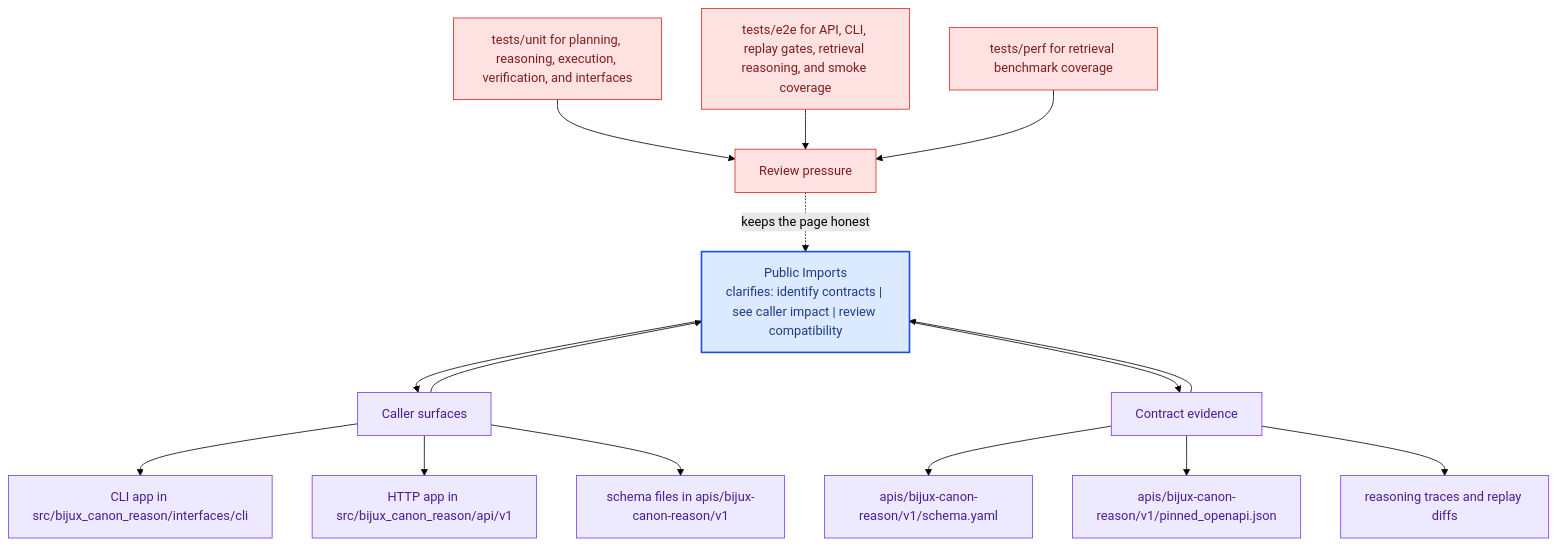
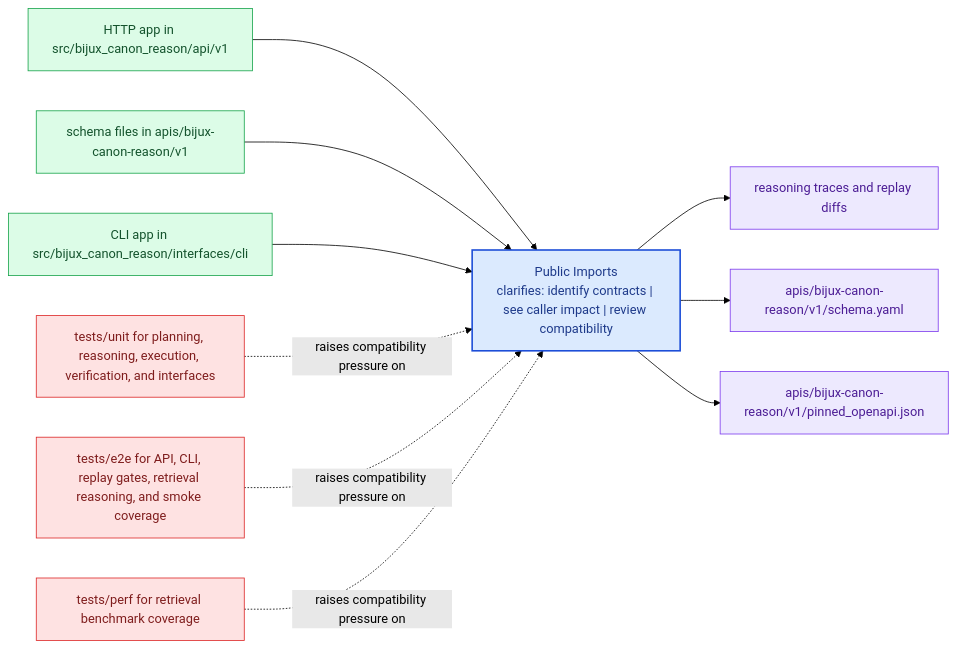
The diagram in docs/bijux-canon-reason/interfaces/public-imports.md (bijux/bijux-canon), drawn with Mermaid (forest theme) before and after one commit. The commit also changed other lines of this file and 281 other files, not shown here.

Commit message:
docs(diagrams): replace repeated mermaid scaffolds with page-specific summaries

````diff
--- a/docs/bijux-canon-reason/interfaces/public-imports.md
+++ b/docs/bijux-canon-reason/interfaces/public-imports.md
@@ -68,41 +23,31 @@
 ```mermaid
-flowchart TB
-    promise["Public Imports<br/>clarifies: identify contracts | see caller impact | review compatibility"]
-    classDef promise fill:#dbeafe,stroke:#1d4ed8,color:#1e3a8a,stroke-width:2px;
-    classDef driver fill:#dcfce7,stroke:#16a34a,color:#14532d;
-    classDef constraint fill:#fee2e2,stroke:#dc2626,color:#7f1d1d;
-    classDef ground fill:#ede9fe,stroke:#7c3aed,color:#4c1d95;
-    focus1["Caller surfaces"]
-    focus1 --> promise
-    promise --> focus1
-    focus1_1["CLI app in src/bijux_canon_reason/interfaces/cli"]
-    focus1 --> focus1_1
-    focus1_2["HTTP app in src/bijux_canon_reason/api/v1"]
-    focus1 --> focus1_2
-    focus1_3["schema files in apis/bijux-canon-reason/v1"]
-    focus1 --> focus1_3
-    class focus1 ground;
-    class focus1_1,focus1_2,focus1_3 ground;
-    focus2["Contract evidence"]
-    focus2 --> promise
-    promise --> focus2
-    focus2_1["apis/bijux-canon-reason/v1/schema.yaml"]
-    focus2 --> focus2_1
-    focus2_2["apis/bijux-canon-reason/v1/pinned_openapi.json"]
-    focus2 --> focus2_2
-    focus2_3["reasoning traces and replay diffs"]
-    focus2 --> focus2_3
-    class focus2 ground;
-    class focus2_1,focus2_2,focus2_3 ground;
-    focus3["Review pressure"]
-    focus3 -.keeps the page honest.-> promise
-    focus3_1["tests/unit for planning, reasoning, execution, verification, and interfaces"]
-    focus3_1 --> focus3
-    focus3_2["tests/e2e for API, CLI, replay gates, retrieval reasoning, and smoke coverage"]
-    focus3_2 --> focus3
-    focus3_3["tests/perf for retrieval benchmark coverage"]
-    focus3_3 --> focus3
-    class focus3 constraint;
-    class focus3_1,focus3_2,focus3_3 constraint;
-    class promise promise;
+flowchart LR
+    page["Public Imports<br/>clarifies: identify contracts | see caller impact | review compatibility"]
+    classDef page fill:#dbeafe,stroke:#1d4ed8,color:#1e3a8a,stroke-width:2px;
+    classDef positive fill:#dcfce7,stroke:#16a34a,color:#14532d;
+    classDef caution fill:#fee2e2,stroke:#dc2626,color:#7f1d1d;
+    classDef anchor fill:#ede9fe,stroke:#7c3aed,color:#4c1d95;
+    classDef action fill:#fef3c7,stroke:#d97706,color:#7c2d12;
+    surface1["HTTP app in src/bijux_canon_reason/api/v1"]
+    surface1 --> page
+    surface2["schema files in apis/bijux-canon-reason/v1"]
+    surface2 --> page
+    surface3["CLI app in src/bijux_canon_reason/interfaces/cli"]
+    surface3 --> page
+    proof1["reasoning traces and replay diffs"]
+    page --> proof1
+    proof2["apis/bijux-canon-reason/v1/schema.yaml"]
+    page --> proof2
+    proof3["apis/bijux-canon-reason/v1/pinned_openapi.json"]
+    page --> proof3
+    review1["tests/unit for planning, reasoning, execution, verification, and interfaces"]
+    review1 -.raises compatibility pressure on.-> page
+    review2["tests/e2e for API, CLI, replay gates, retrieval reasoning, and smoke coverage"]
+    review2 -.raises compatibility pressure on.-> page
+    review3["tests/perf for retrieval benchmark coverage"]
+    review3 -.raises compatibility pressure on.-> page
+    class page page;
+    class surface1,surface2,surface3 positive;
+    class proof1,proof2,proof3 anchor;
+    class review1,review2,review3 caution;
 ```
````
